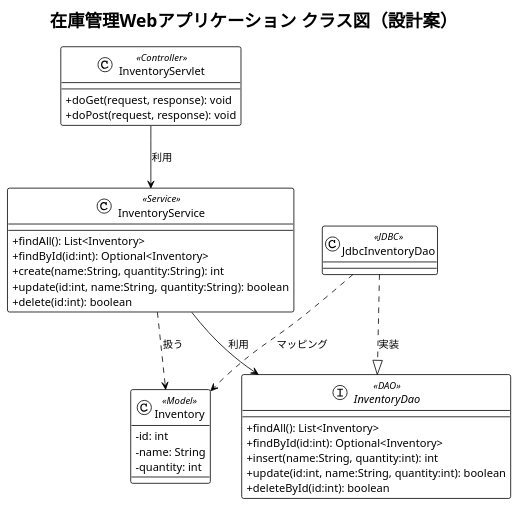
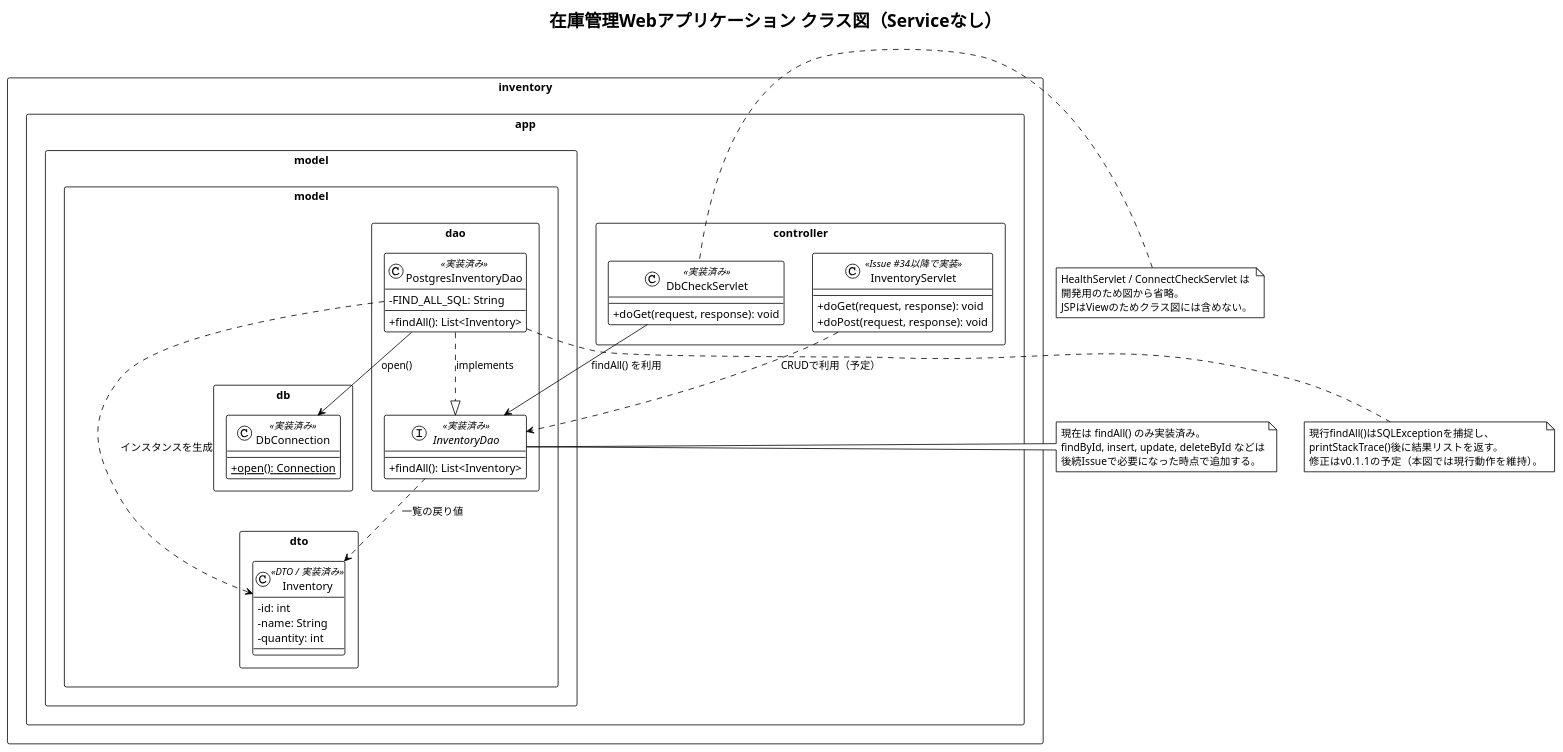
The diagram in docs/internal-design/diagrams/class-diagram.puml (polyfortrain/inventory-app), drawn with PlantUML before and after one commit. The commit also changed 14 other files, not shown here.

```diff
--- a/docs/internal-design/diagrams/class-diagram.puml
+++ b/docs/internal-design/diagrams/class-diagram.puml
@@ -1,34 +1,66 @@
 @startuml
 !theme plain
-title 在庫管理Webアプリケーション クラス図（設計案）
+title 在庫管理Webアプリケーション クラス図（Serviceなし）
 skinparam classAttributeIconSize 0
-class InventoryServlet <<Controller>> {
-  +doGet(request, response): void
-  +doPost(request, response): void
+skinparam packageStyle rectangle
+skinparam shadowing false
+
+package "inventory.app.controller" {
+  class DbCheckServlet <<実装済み>> {
+    + doGet(request, response): void
+  }
+  class InventoryServlet <<Issue #34以降で実装>> {
+    + doGet(request, response): void
+    + doPost(request, response): void
+  }
 }
-class InventoryService <<Service>> {
-  +findAll(): List<Inventory>
-  +findById(id:int): Optional<Inventory>
-  +create(name:String, quantity:String): int
-  +update(id:int, name:String, quantity:String): boolean
-  +delete(id:int): boolean
+
+package "inventory.app.model" {
+  package "model.dto" {
+    class Inventory <<DTO / 実装済み>> {
+      - id: int
+      - name: String
+      - quantity: int
+    }
+  }
+  package "model.dao" {
+    interface InventoryDao <<実装済み>> {
+      + findAll(): List<Inventory>
+    }
+    class PostgresInventoryDao <<実装済み>> {
+      - FIND_ALL_SQL: String
+      + findAll(): List<Inventory>
+    }
+  }
+  package "model.db" {
+    class DbConnection <<実装済み>> {
+      + {static} open(): Connection
+    }
+  }
 }
-class Inventory <<Model>> {
-  -id: int
-  -name: String
-  -quantity: int
-}
-interface InventoryDao <<DAO>> {
-  +findAll(): List<Inventory>
-  +findById(id:int): Optional<Inventory>
-  +insert(name:String, quantity:int): int
-  +update(id:int, name:String, quantity:int): boolean
-  +deleteById(id:int): boolean
-}
-class JdbcInventoryDao <<JDBC>>
-InventoryServlet --> InventoryService : 利用
-InventoryService --> InventoryDao : 利用
-JdbcInventoryDao ..|> InventoryDao : 実装
-InventoryService ..> Inventory : 扱う
-JdbcInventoryDao ..> Inventory : マッピング
+
+DbCheckServlet --> InventoryDao : findAll() を利用
+InventoryServlet ..> InventoryDao : CRUDで利用（予定）
+PostgresInventoryDao ..|> InventoryDao : implements
+InventoryDao ..> Inventory : 一覧の戻り値
+PostgresInventoryDao ..> Inventory : インスタンスを生成
+PostgresInventoryDao --> DbConnection : open()
+
+note right of InventoryDao
+  現在は findAll() のみ実装済み。
+  findById, insert, update, deleteById などは
+  後続Issueで必要になった時点で追加する。
+end note
+
+note bottom of PostgresInventoryDao
+  現行findAll()はSQLExceptionを捕捉し、
+  printStackTrace()後に結果リストを返す。
+  修正はv0.1.1の予定（本図では現行動作を維持）。
+end note
+
+note left of DbCheckServlet
+  HealthServlet / ConnectCheckServlet は
+  開発用のため図から省略。
+  JSPはViewのためクラス図には含めない。
+end note
 @enduml
```
